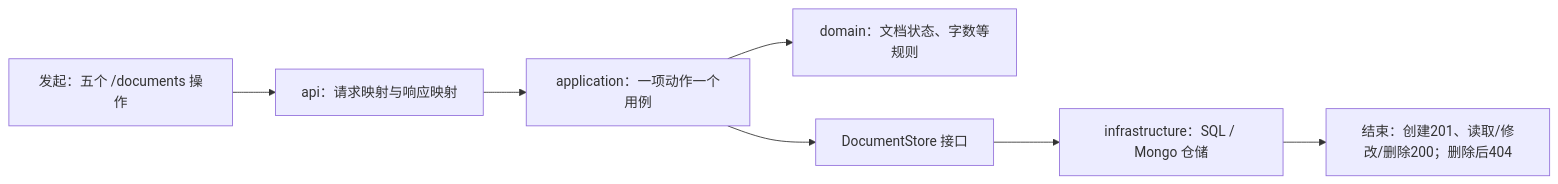
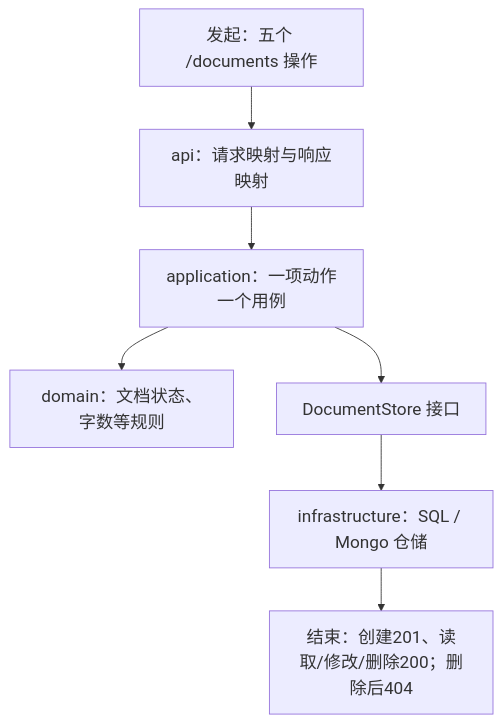
The second of 5 diagrams in docs/versions/v1/implementation-flow-report.md (ZKshun/knowledge-hub-fastapi), drawn with Mermaid before and after one commit. The commit also changed other lines of this file, not shown here.

Commit message:
docs(v1): improve teaching report diagrams and lists

````diff
--- a/docs/versions/v1/implementation-flow-report.md
+++ b/docs/versions/v1/implementation-flow-report.md
@@ -85,9 +112,10 @@
 ```mermaid
-flowchart LR
+flowchart TD
+    classDef default font-size:20px;
     A["发起：五个 /documents 操作"] --> B["api：请求映射与响应映射"]
     B --> C["application：一项动作一个用例"]
     C --> D["domain：文档状态、字数等规则"]
     C --> E["DocumentStore 接口"]
     E --> F["infrastructure：SQL / Mongo 仓储"]
     F --> G["结束：创建201、读取/修改/删除200；删除后404"]
 ```
````
